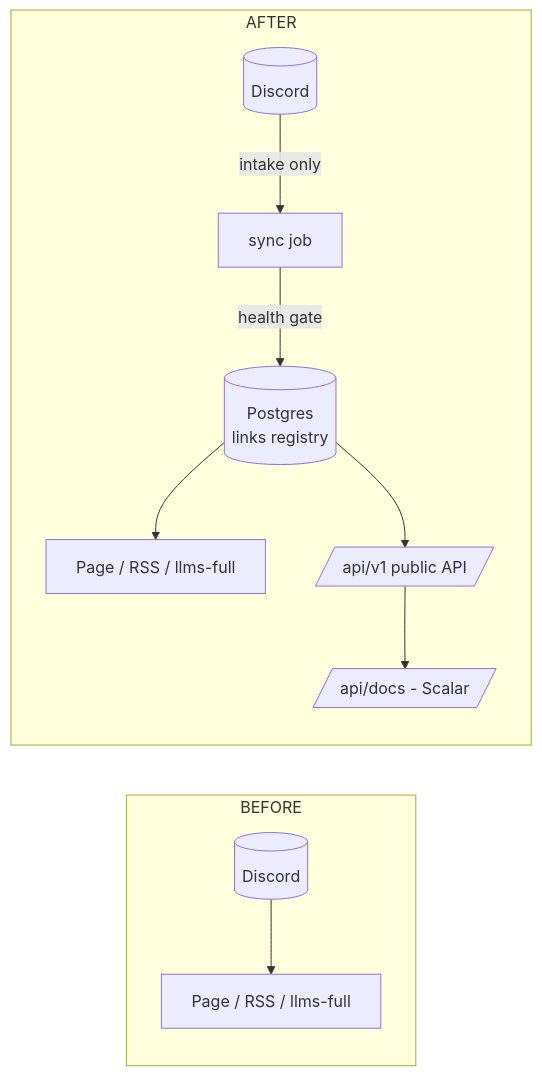
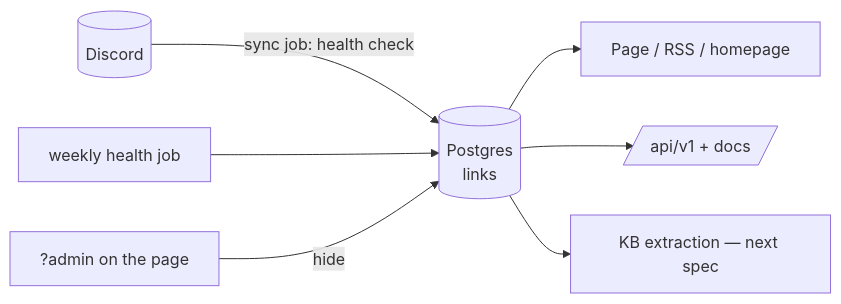
One commit to SouravInsights/souravinsights.com changed the diagram in docs/spec/links-registry-and-api.md. Above: the diagram before and after it, drawn with Mermaid. The commit also changed other lines of this file and 1 other file, not shown here.

Commit message:
attempt to simplify the spec

````diff
--- a/docs/spec/links-registry-and-api.md
+++ b/docs/spec/links-registry-and-api.md
@@ -7,13 +13,9 @@
 ```mermaid
 flowchart LR
-    subgraph before_before[BEFORE]
-        D1[(Discord)] --> P1[Page / RSS / llms-full]
-    end
-    subgraph after_after[AFTER]
-        D2[(Discord)] -- intake only --> S[sync job]
-        S -- health gate --> DB[(Postgres<br/>links registry)]
-        DB --> P2[Page / RSS / llms-full]
-        DB --> API[/api/v1 public API/]
-        API --> Docs[/api/docs - Scalar/]
-    end
+    D[(Discord)] -- sync job: health check --> DB[(Postgres<br/>links)]
+    DB --> P[Page / RSS / homepage]
+    DB --> API[/api/v1 + docs/]
+    W[weekly health job] --> DB
+    A[?admin on the page] -- hide --> DB
+    DB --> KB[KB extraction — next spec]
 ```
````
